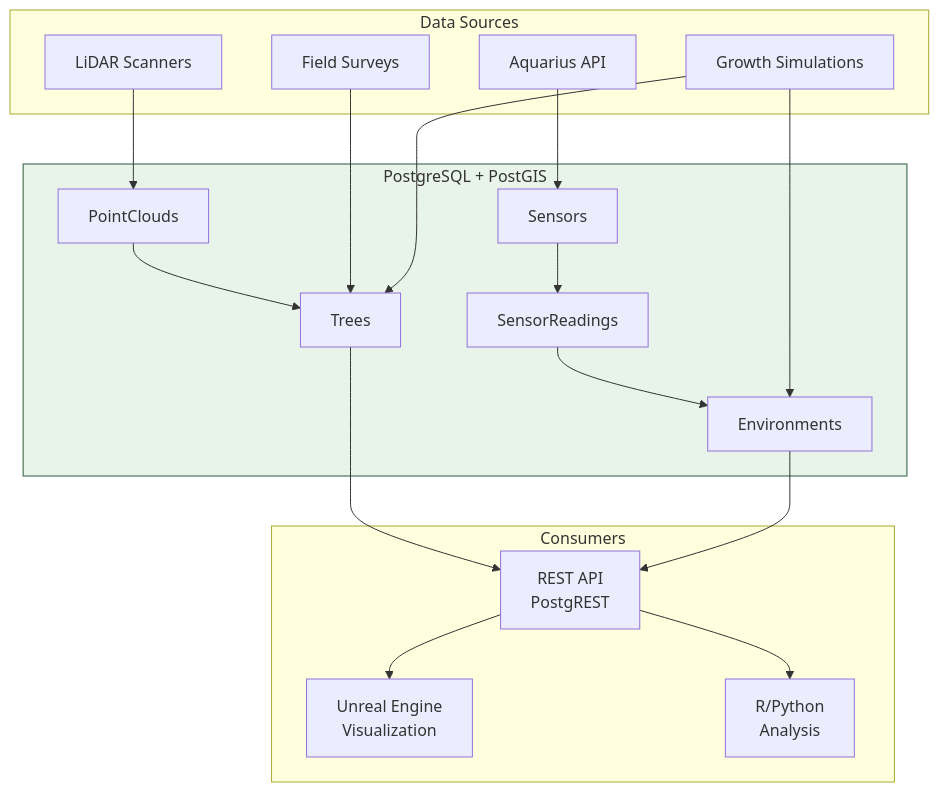
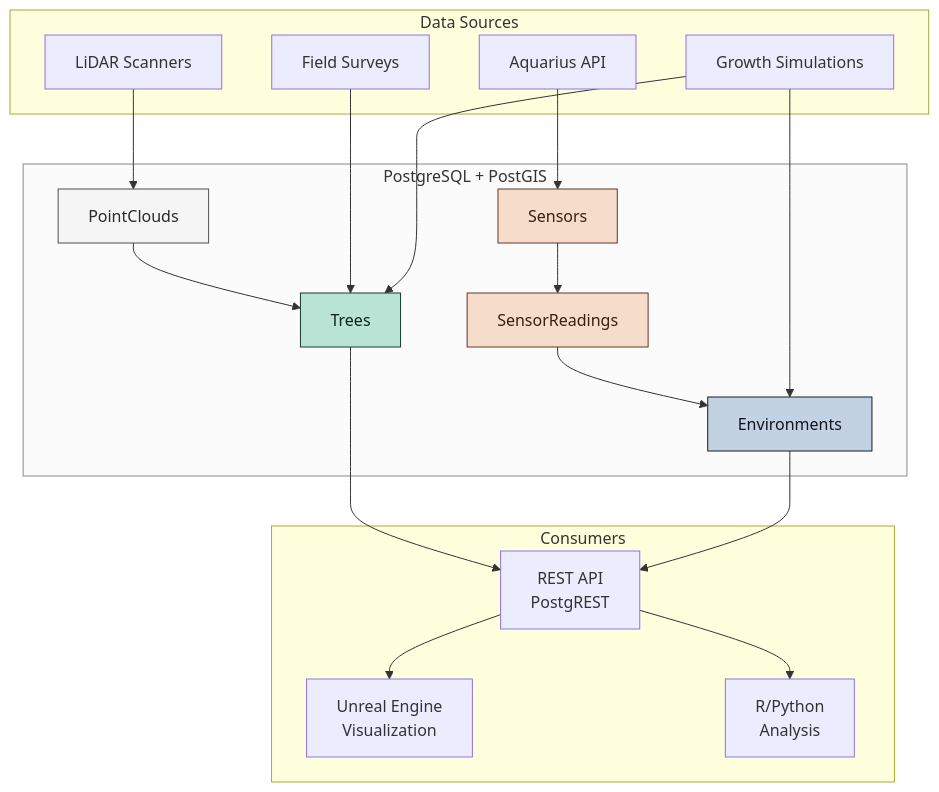
One commit to XRFutureForests/digital-twin-db changed the seventh of 7 diagrams in docs/database-overview.md. Above: the diagram before and after it, drawn with Mermaid. The commit also changed other lines of this file and 27 other files, not shown here.

First line of the commit message:
docs: restructure around database-overview and propagate schema colour scheme

````diff
--- a/docs/database-overview.md
+++ b/docs/database-overview.md
@@ -487,39 +550,44 @@
 ```mermaid
 flowchart TB
     subgraph Sources["Data Sources"]
         LiDAR["LiDAR Scanners"]
         Field["Field Surveys"]
         API["Aquarius API"]
         Sim["Growth Simulations"]
     end
 
     subgraph DB["PostgreSQL + PostGIS"]
         PC["PointClouds"]
         TR["Trees"]
         SE["Sensors"]
         SR["SensorReadings"]
         EN["Environments"]
     end
 
     subgraph Consumers["Consumers"]
         UE["Unreal Engine<br/>Visualization"]
         REST["REST API<br/>PostgREST"]
         Analysis["R/Python<br/>Analysis"]
     end
 
     LiDAR --> PC
     PC --> TR
     Field --> TR
     API --> SE
     SE --> SR
     SR --> EN
     Sim --> TR
     Sim --> EN
 
     TR --> REST
     EN --> REST
     REST --> UE
     REST --> Analysis
 
-    style DB fill:#e8f4ea,stroke:#2d5a3d
+    style DB fill:#fbfbfb,stroke:#888888
+    style PC fill:#f5f5f5,stroke:#4f4f4f,color:#2a2a2a
+    style TR fill:#b9e3d4,stroke:#19392f,color:#0c241c
+    style SE fill:#f6ddcb,stroke:#673428,color:#3c1d13
+    style SR fill:#f6ddcb,stroke:#673428,color:#3c1d13
+    style EN fill:#c3d2e3,stroke:#181d26,color:#10151d
 ```
````
